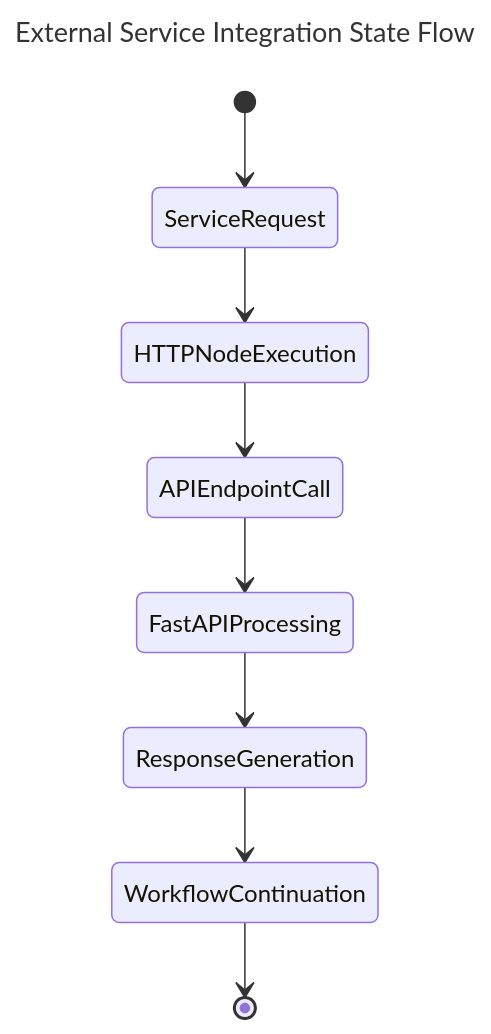
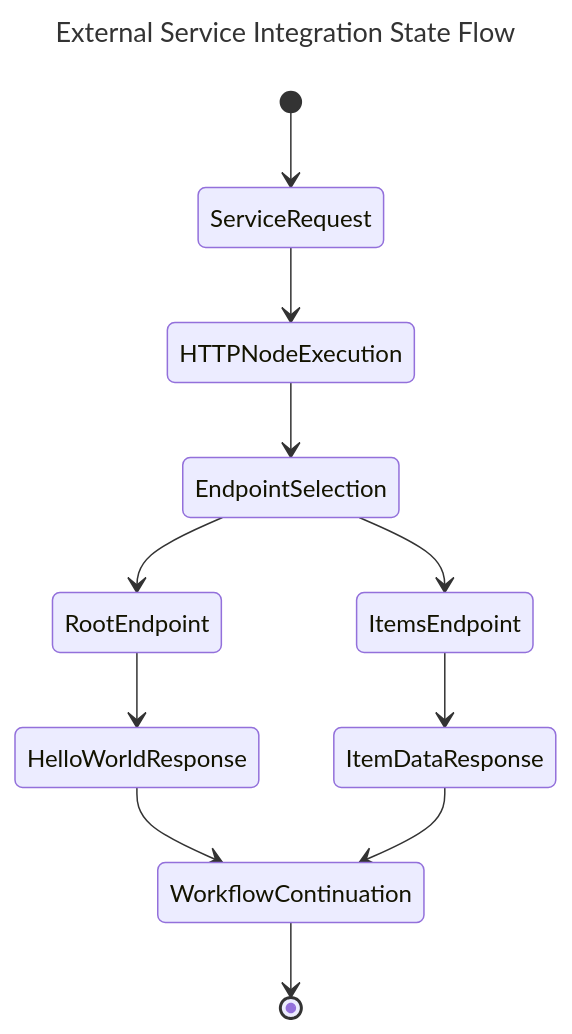
One commit to RustedVikingOG/n8n_docker_stack changed the tenth of 15 diagrams in docs/designs/use_cases.md. Above: the diagram before and after it, drawn with Mermaid. The commit also changed other lines of this file and 26 other files, not shown here.

````diff
--- a/docs/designs/use_cases.md
+++ b/docs/designs/use_cases.md
@@ -310,13 +310,16 @@
 ```mermaid
 ---
 title: External Service Integration State Flow
 ---
 stateDiagram-v2
     [*] --> ServiceRequest
     ServiceRequest --> HTTPNodeExecution
-    HTTPNodeExecution --> APIEndpointCall
-    APIEndpointCall --> FastAPIProcessing
-    FastAPIProcessing --> ResponseGeneration
-    ResponseGeneration --> WorkflowContinuation
+    HTTPNodeExecution --> EndpointSelection
+    EndpointSelection --> RootEndpoint
+    EndpointSelection --> ItemsEndpoint
+    RootEndpoint --> HelloWorldResponse
+    ItemsEndpoint --> ItemDataResponse
+    HelloWorldResponse --> WorkflowContinuation
+    ItemDataResponse --> WorkflowContinuation
     WorkflowContinuation --> [*]
 ```
````
